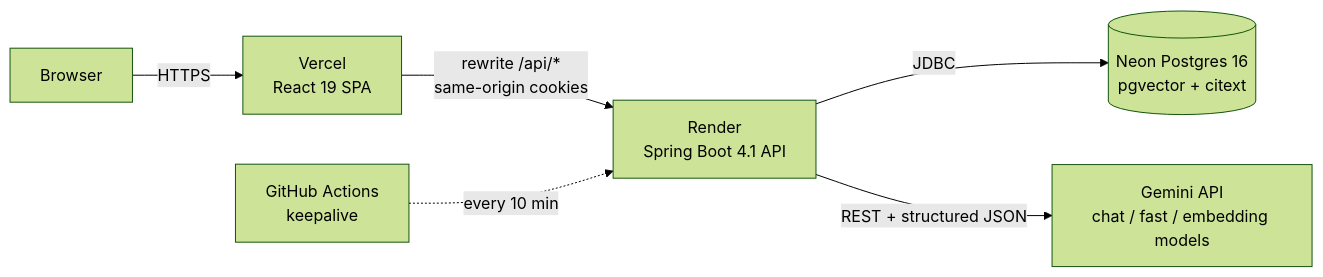
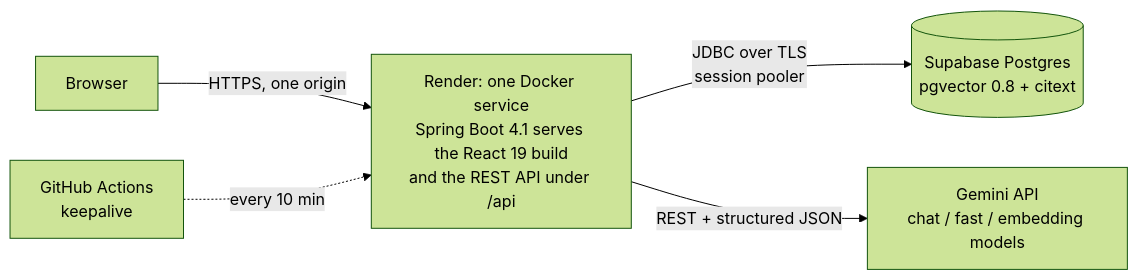
One commit to Kavaykhurana/studyloop changed the first of 4 diagrams in docs/ARCHITECTURE.md. Above: the diagram before and after it, drawn with Mermaid (forest theme). The commit also changed other lines of this file and 4 other files, not shown here.

First line of the commit message:
docs: live links, single-service architecture, submission pack, demo script

````diff
--- a/docs/ARCHITECTURE.md
+++ b/docs/ARCHITECTURE.md
@@ -8,8 +8,7 @@
 ```mermaid
 flowchart LR
-    B[Browser] -->|HTTPS| V[Vercel<br/>React 19 SPA]
-    V -->|rewrite /api/*<br/>same-origin cookies| R[Render<br/>Spring Boot 4.1 API]
-    R -->|JDBC| N[(Neon Postgres 16<br/>pgvector + citext)]
+    B[Browser] -->|HTTPS, one origin| R[Render: one Docker service<br/>Spring Boot 4.1 serves the React 19 build<br/>and the REST API under /api]
+    R -->|JDBC over TLS<br/>session pooler| N[(Supabase Postgres<br/>pgvector 0.8 + citext)]
     R -->|REST + structured JSON| G[Gemini API<br/>chat / fast / embedding models]
     GH[GitHub Actions<br/>keepalive] -.->|every 10 min| R
 ```
````
